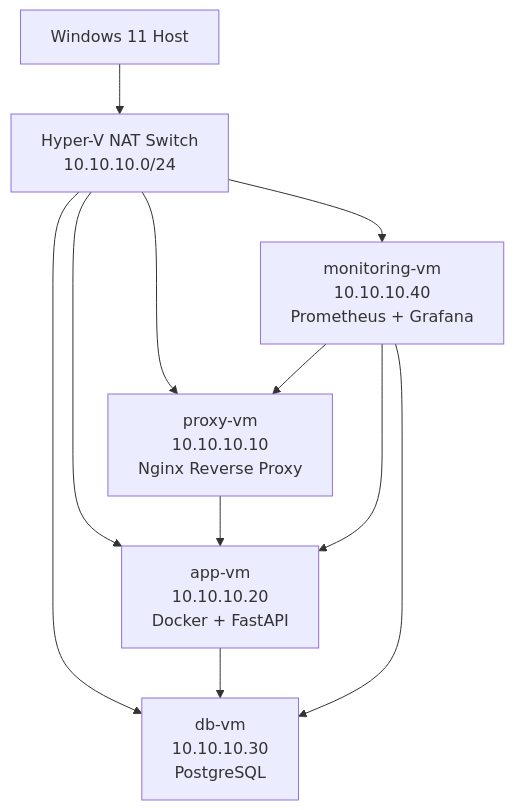
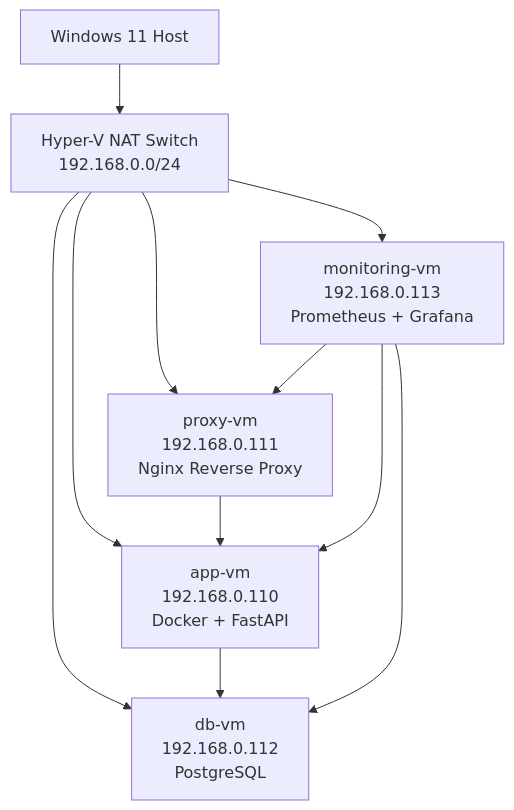
One commit to Morgein/hyperv-cloud-lab changed the diagram in diagrams/architecture.md. Above: the diagram before and after it, drawn with Mermaid.

Commit message:
Added IP addresses

````diff
--- a/diagrams/architecture.md
+++ b/diagrams/architecture.md
@@ -3,15 +3,15 @@
 ```mermaid
 flowchart TD
-    A[Windows 11 Host] --> B[Hyper-V NAT Switch<br/>10.10.10.0/24]
+    A[Windows 11 Host] --> B[Hyper-V NAT Switch<br/>192.168.0.0/24]
 
-    B --> C[proxy-vm<br/>10.10.10.10<br/>Nginx Reverse Proxy]
-    B --> D[app-vm<br/>10.10.10.20<br/>Docker + FastAPI]
-    B --> E[db-vm<br/>10.10.10.30<br/>PostgreSQL]
-    B --> F[monitoring-vm<br/>10.10.10.40<br/>Prometheus + Grafana]
+    B --> C[proxy-vm<br/>192.168.0.111<br/>Nginx Reverse Proxy]
+    B --> D[app-vm<br/>192.168.0.110<br/>Docker + FastAPI]
+    B --> E[db-vm<br/>192.168.0.112<br/>PostgreSQL]
+    B --> F[monitoring-vm<br/>192.168.0.113<br/>Prometheus + Grafana]
 
     C --> D
     D --> E
     F --> C
     F --> D
     F --> E
 ```
````
